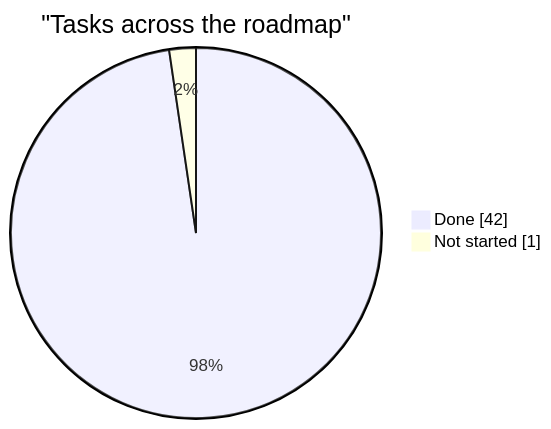
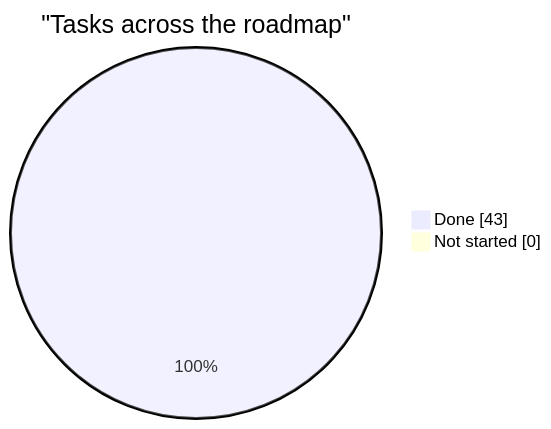
One commit to AdamClemens/PyFlow changed the diagram in docs/planning/status.md. Above: the diagram before and after it, drawn with Mermaid. The commit also changed other lines of this file and 11 other files, not shown here.

````diff
--- a/docs/planning/status.md
+++ b/docs/planning/status.md
@@ -21,6 +21,6 @@
 ```mermaid
 pie showData
     title "Tasks across the roadmap"
-    "Done" : 42
-    "Not started" : 1
+    "Done" : 43
+    "Not started" : 0
 ```
````
